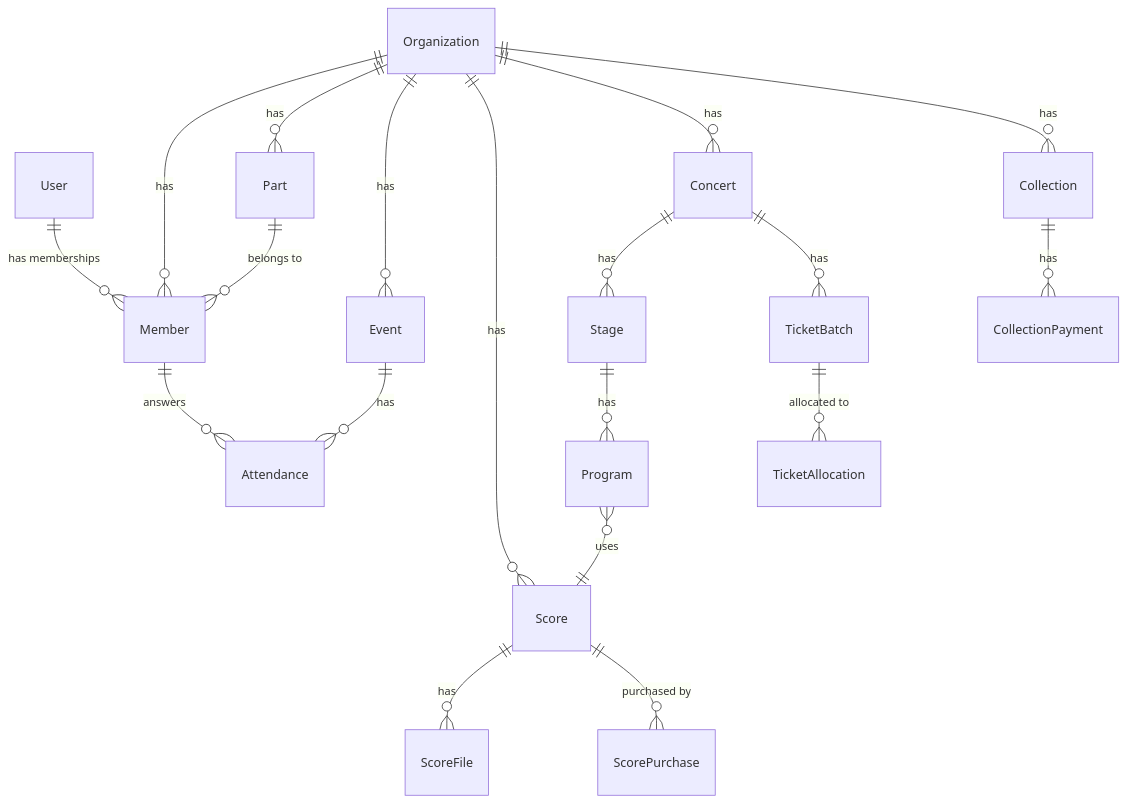
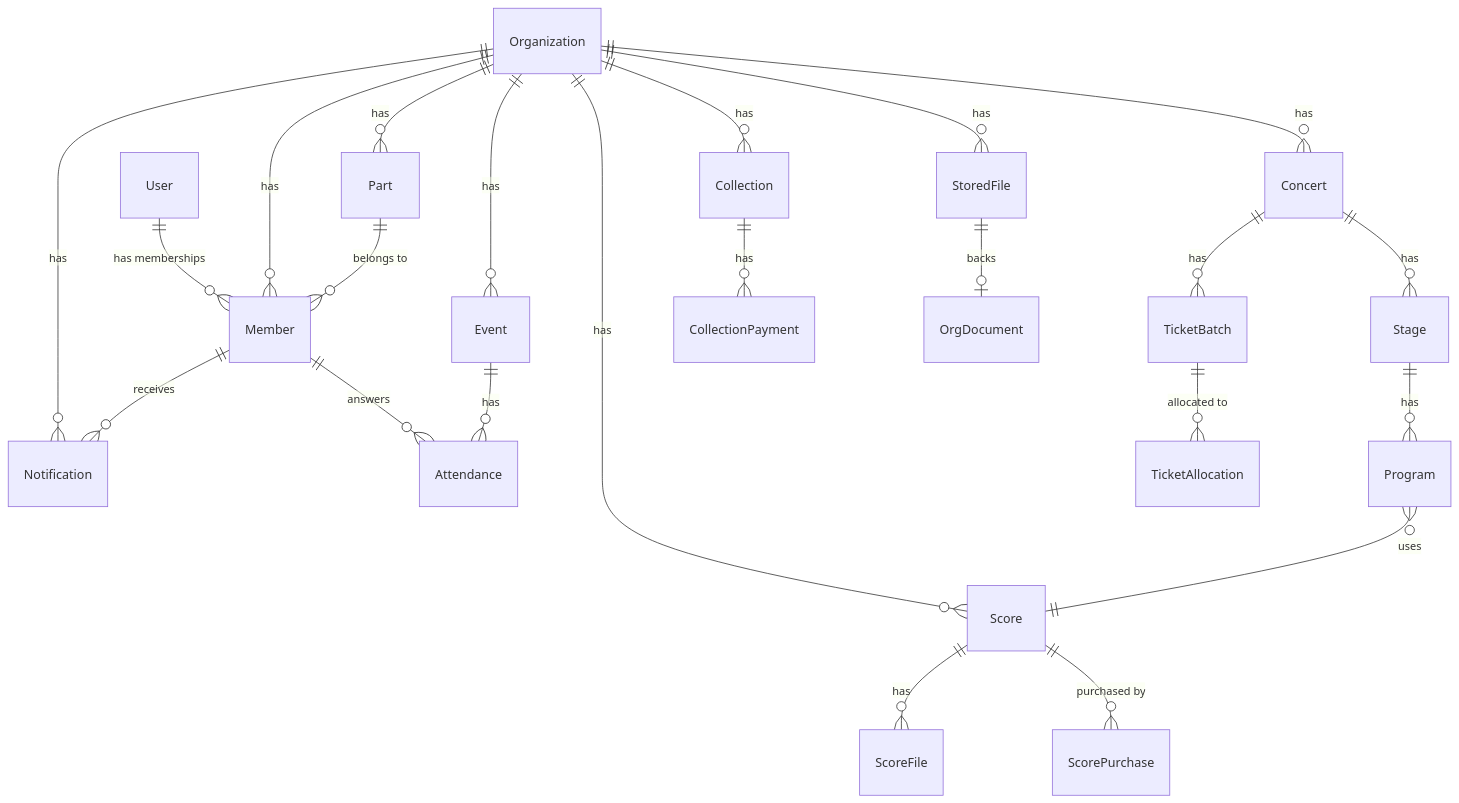
One commit to Genki1019/choirhub changed the diagram in README.md. Above: the diagram before and after it, drawn with Mermaid. The commit also changed other lines of this file and 10 other files, not shown here.

````diff
--- a/README.md
+++ b/README.md
@@ -280,21 +319,25 @@
 ```mermaid
 erDiagram
     User           ||--o{ Member            : "has memberships"
     Organization   ||--o{ Member            : "has"
     Organization   ||--o{ Part              : "has"
     Organization   ||--o{ Event             : "has"
     Organization   ||--o{ Score             : "has"
     Organization   ||--o{ Concert           : "has"
+    Organization   ||--o{ StoredFile        : "has"
+    Organization   ||--o{ Notification      : "has"
     Part           ||--o{ Member            : "belongs to"
     Member         ||--o{ Attendance        : "answers"
+    Member         ||--o{ Notification      : "receives"
     Event          ||--o{ Attendance        : "has"
     Concert        ||--o{ Stage             : "has"
     Stage          ||--o{ Program           : "has"
     Program        }o--|| Score             : "uses"
     Score          ||--o{ ScoreFile         : "has"
     Score          ||--o{ ScorePurchase     : "purchased by"
     Concert        ||--o{ TicketBatch       : "has"
     TicketBatch    ||--o{ TicketAllocation  : "allocated to"
     Organization   ||--o{ Collection        : "has"
     Collection     ||--o{ CollectionPayment : "has"
+    StoredFile     ||--o| OrgDocument       : "backs"
 ```
````
